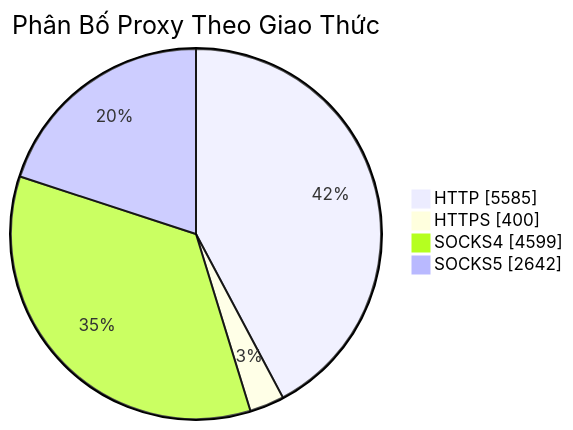
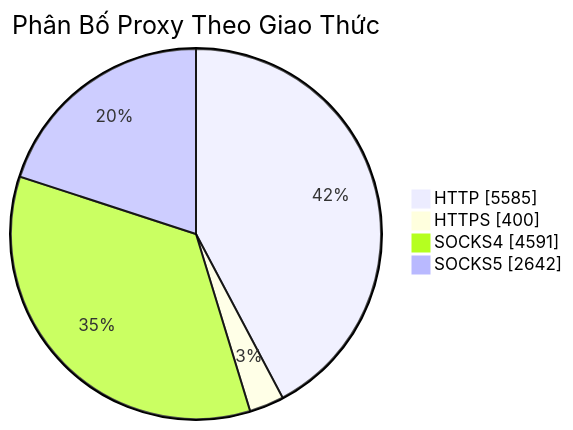
Before and after one commit to Ciara-Aa/PROXY-free: the diagram in README.md, drawn with Mermaid. The commit also changed other lines of this file and 2 other files, not shown here.

````diff
--- a/README.md
+++ b/README.md
@@ -26,7 +26,7 @@
 ```mermaid
 pie showData title Phân Bố Proxy Theo Giao Thức
     "HTTP" : 5585
     "HTTPS" : 400
-    "SOCKS4" : 4599
+    "SOCKS4" : 4591
     "SOCKS5" : 2642
 ```
````
